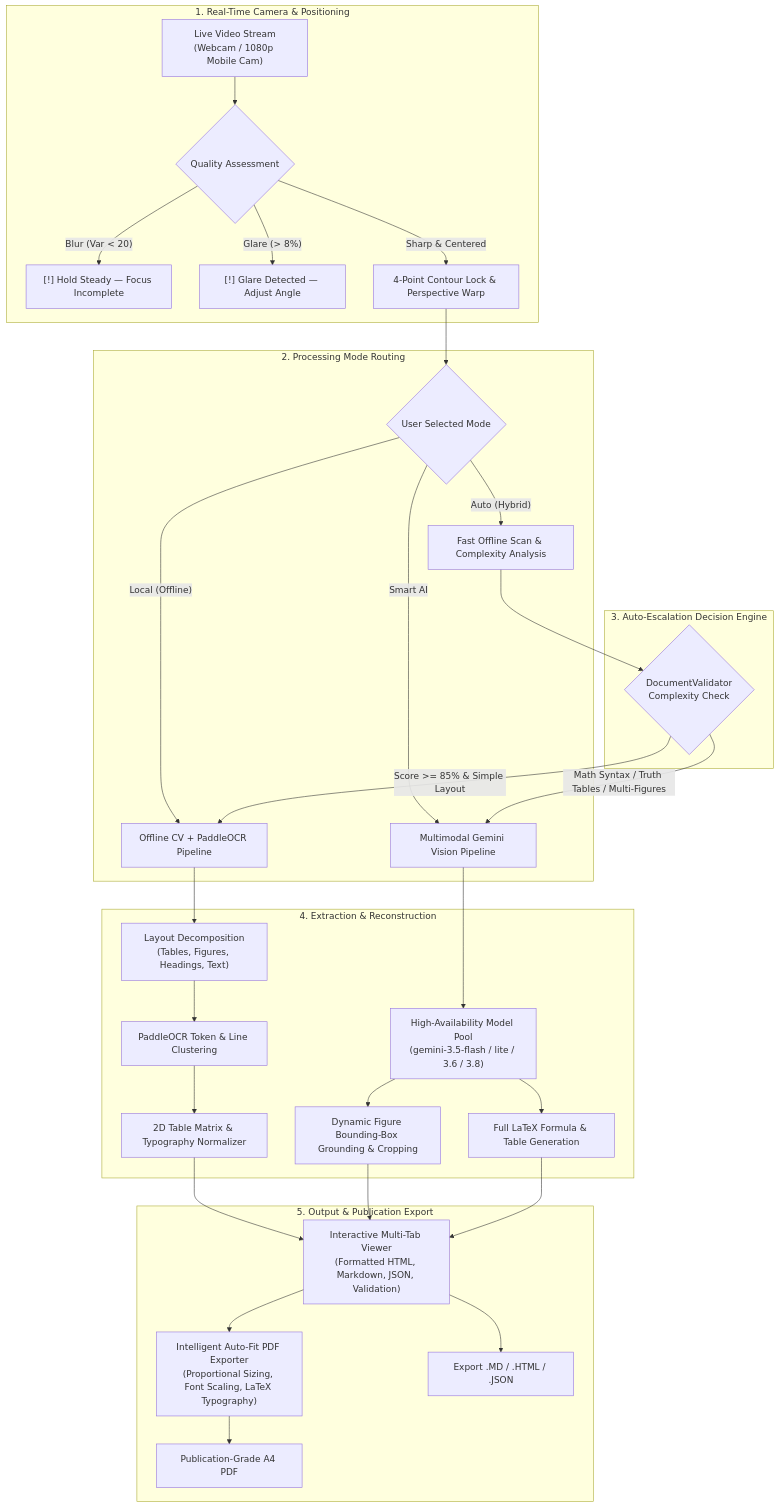
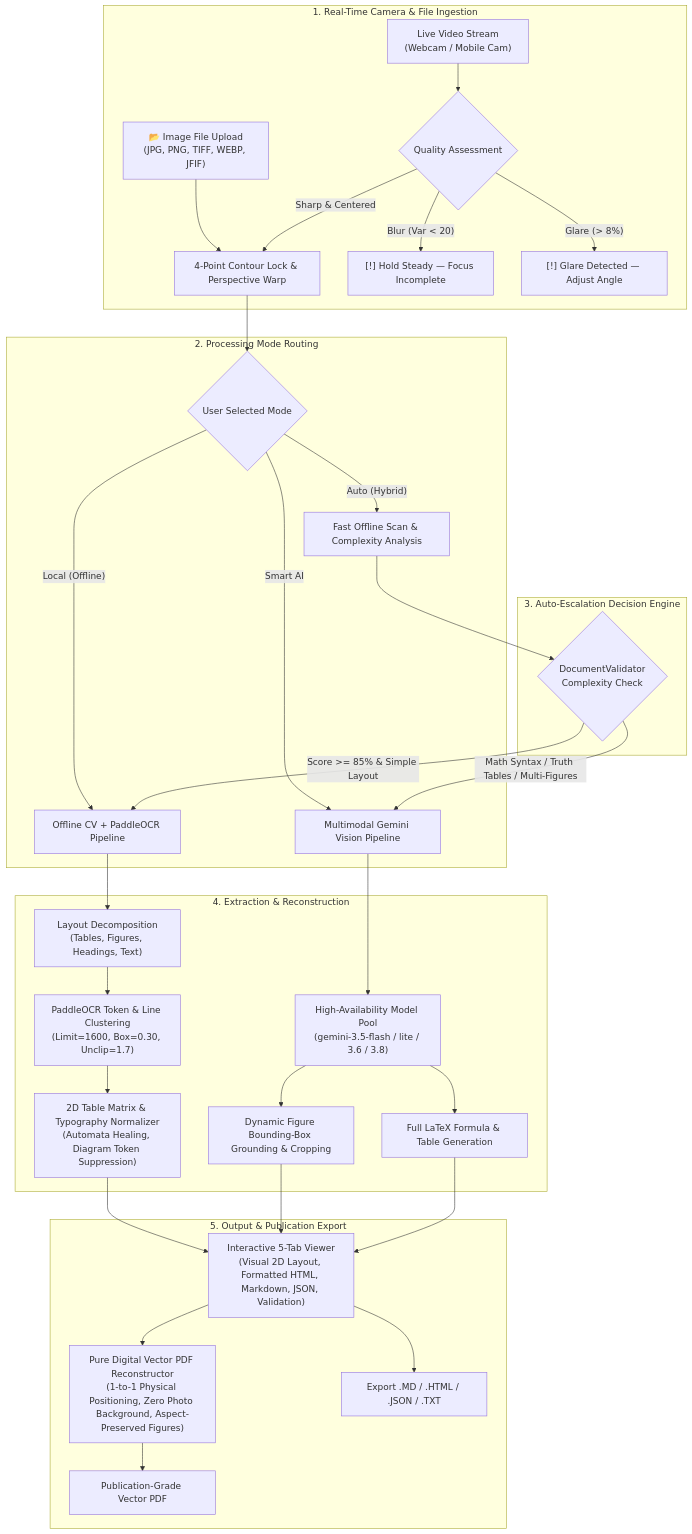
One commit to PRAJAPATI-NEEL-2005/LiveDoc changed the first of 4 diagrams in README.md. Above: the diagram before and after it, drawn with Mermaid. The commit also changed other lines of this file and 16 other files, not shown here.

````diff
--- a/README.md
+++ b/README.md
@@ -51,41 +55,42 @@
 ```mermaid
 flowchart TD
-    subgraph S1["1. Real-Time Camera & Positioning"]
-        CAM["Live Video Stream\n(Webcam / 1080p Mobile Cam)"] --> QC{"Quality Assessment"}
+    subgraph S1["1. Real-Time Camera & File Ingestion"]
+        CAM["Live Video Stream\n(Webcam / Mobile Cam)"] --> QC{"Quality Assessment"}
+        UPL["📂 Image File Upload\n(JPG, PNG, TIFF, WEBP, JFIF)"] --> DET["4-Point Contour Lock & Perspective Warp"]
         QC -->|"Blur (Var < 20)"| BLUR["[!] Hold Steady — Focus Incomplete"]
         QC -->|"Glare (> 8%)"| GLARE["[!] Glare Detected — Adjust Angle"]
-        QC -->|"Sharp & Centered"| DET["4-Point Contour Lock & Perspective Warp"]
+        QC -->|"Sharp & Centered"| DET
     end
 
     subgraph S2["2. Processing Mode Routing"]
         DET --> MODE{"User Selected Mode"}
         MODE -->|"Local (Offline)"| LOCAL_PATH["Offline CV + PaddleOCR Pipeline"]
         MODE -->|"Smart AI"| AI_PATH["Multimodal Gemini Vision Pipeline"]
         MODE -->|"Auto (Hybrid)"| AUTO_START["Fast Offline Scan & Complexity Analysis"]
     end
 
     subgraph S3["3. Auto-Escalation Decision Engine"]
         AUTO_START --> VAL{"DocumentValidator\nComplexity Check"}
         VAL -->|"Score >= 85% & Simple Layout"| LOCAL_PATH
         VAL -->|"Math Syntax / Truth Tables / Multi-Figures"| AI_PATH
     end
 
     subgraph S4["4. Extraction & Reconstruction"]
         LOCAL_PATH --> CV_DEC["Layout Decomposition\n(Tables, Figures, Headings, Text)"]
-        CV_DEC --> OCR_ENG["PaddleOCR Token & Line Clustering"]
-        OCR_ENG --> TBL_REC["2D Table Matrix & Typography Normalizer"]
+        CV_DEC --> OCR_ENG["PaddleOCR Token & Line Clustering\n(Limit=1600, Box=0.30, Unclip=1.7)"]
+        OCR_ENG --> TBL_REC["2D Table Matrix & Typography Normalizer\n(Automata Healing, Diagram Token Suppression)"]
 
         AI_PATH --> GEMINI_POOL["High-Availability Model Pool\n(gemini-3.5-flash / lite / 3.6 / 3.8)"]
         GEMINI_POOL --> FIG_CROP["Dynamic Figure Bounding-Box Grounding & Cropping"]
         GEMINI_POOL --> LATEX_GEN["Full LaTeX Formula & Table Generation"]
     end
 
     subgraph S5["5. Output & Publication Export"]
-        TBL_REC --> DOC_VIEW["Interactive Multi-Tab Viewer\n(Formatted HTML, Markdown, JSON, Validation)"]
+        TBL_REC --> DOC_VIEW["Interactive 5-Tab Viewer\n(Visual 2D Layout, Formatted HTML, Markdown, JSON, Validation)"]
         FIG_CROP --> DOC_VIEW
         LATEX_GEN --> DOC_VIEW
-        DOC_VIEW --> PDF_EXP["Intelligent Auto-Fit PDF Exporter\n(Proportional Sizing, Font Scaling, LaTeX Typography)"]
-        PDF_EXP --> OUT_PDF["Publication-Grade A4 PDF"]
-        DOC_VIEW --> OUT_FILES["Export .MD / .HTML / .JSON"]
+        DOC_VIEW --> PDF_EXP["Pure Digital Vector PDF Reconstructor\n(1-to-1 Physical Positioning, Zero Photo Background, Aspect-Preserved Figures)"]
+        PDF_EXP --> OUT_PDF["Publication-Grade Vector PDF"]
+        DOC_VIEW --> OUT_FILES["Export .MD / .HTML / .JSON / .TXT"]
     end
 ```
````
